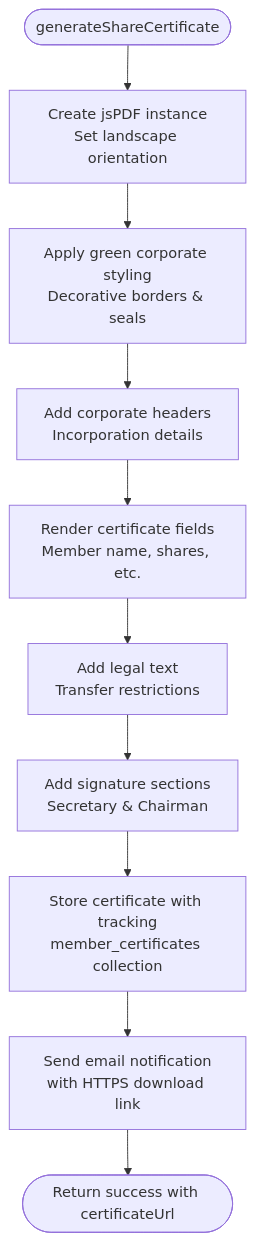
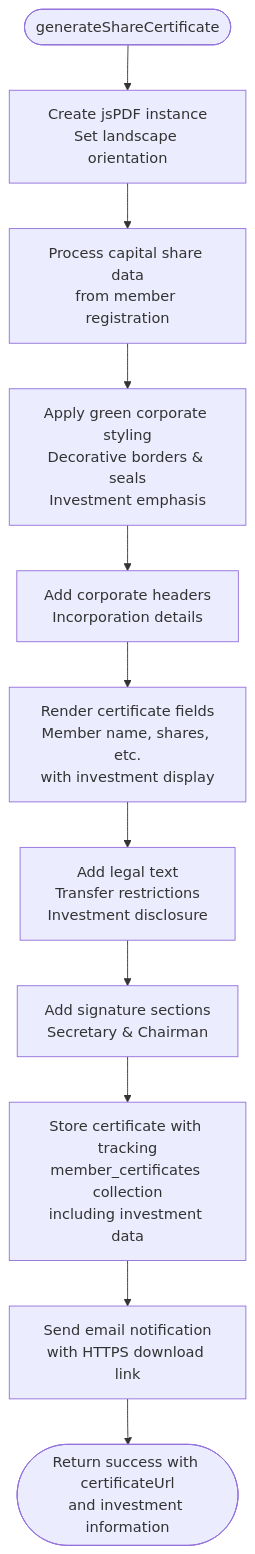
The fourth of 7 diagrams in .qoder/repowiki/en/content/Email & Notification System/Certificate Generation System.md (Unsure-bry/sampacoop_system), drawn with Mermaid before and after one commit. The commit also changed other lines of this file and 5 other files, not shown here.

Commit message:
Update for Pending Capital Share Card

````diff
--- a/.qoder/repowiki/en/content/Email & Notification System/Certificate Generation System.md
+++ b/.qoder/repowiki/en/content/Email & Notification System/Certificate Generation System.md
@@ -259,12 +297,13 @@
 ```mermaid
 flowchart TD
 Start(["generateShareCertificate"]) --> Init["Create jsPDF instance<br/>Set landscape orientation"]
-Init --> Style["Apply green corporate styling<br/>Decorative borders & seals"]
+Init --> CapitalShare["Process capital share data<br/>from member registration"]
+CapitalShare --> Style["Apply green corporate styling<br/>Decorative borders & seals<br/>Investment emphasis"]
 Style --> Header["Add corporate headers<br/>Incorporation details"]
-Header --> Fields["Render certificate fields<br/>Member name, shares, etc."]
-Fields --> Legal["Add legal text<br/>Transfer restrictions"]
+Header --> Fields["Render certificate fields<br/>Member name, shares, etc.<br/>with investment display"]
+Fields --> Legal["Add legal text<br/>Transfer restrictions<br/>Investment disclosure"]
 Legal --> Sign["Add signature sections<br/>Secretary & Chairman"]
-Sign --> Store["Store certificate with tracking<br/>member_certificates collection"]
+Sign --> Store["Store certificate with tracking<br/>member_certificates collection<br/>including investment data"]
 Store --> Email["Send email notification<br/>with HTTPS download link"]
-Email --> Return(["Return success with certificateUrl"])
+Email --> Return(["Return success with certificateUrl<br/>and investment information"])
 ```
````
